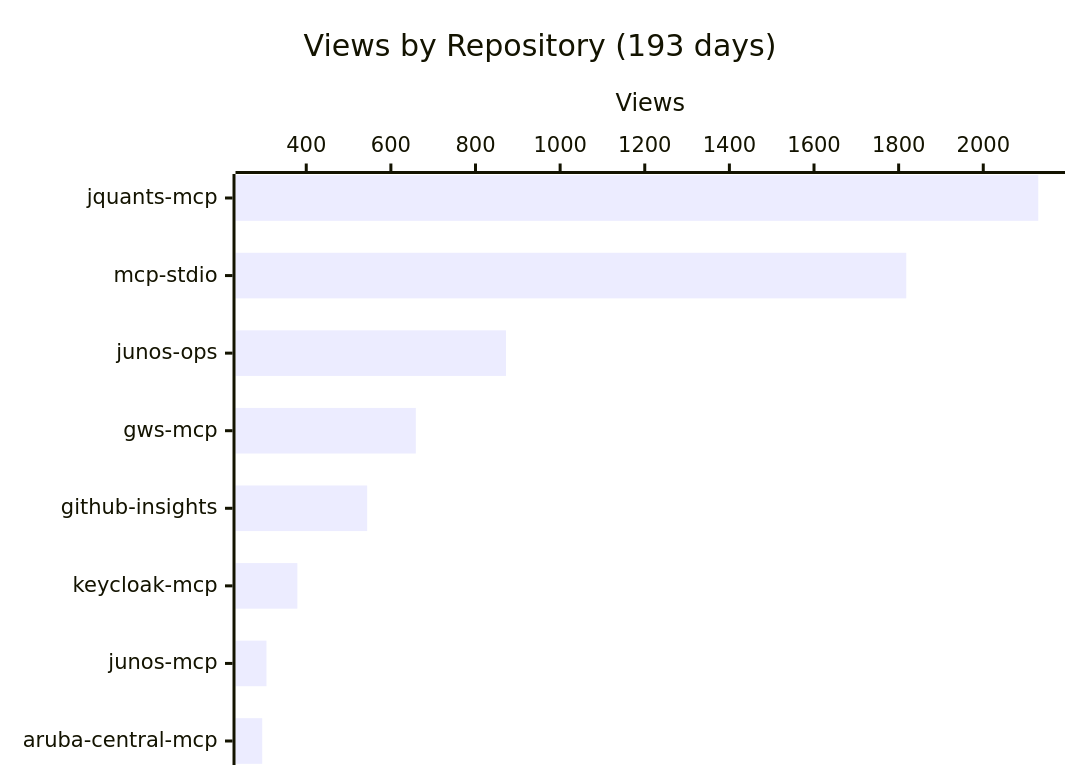
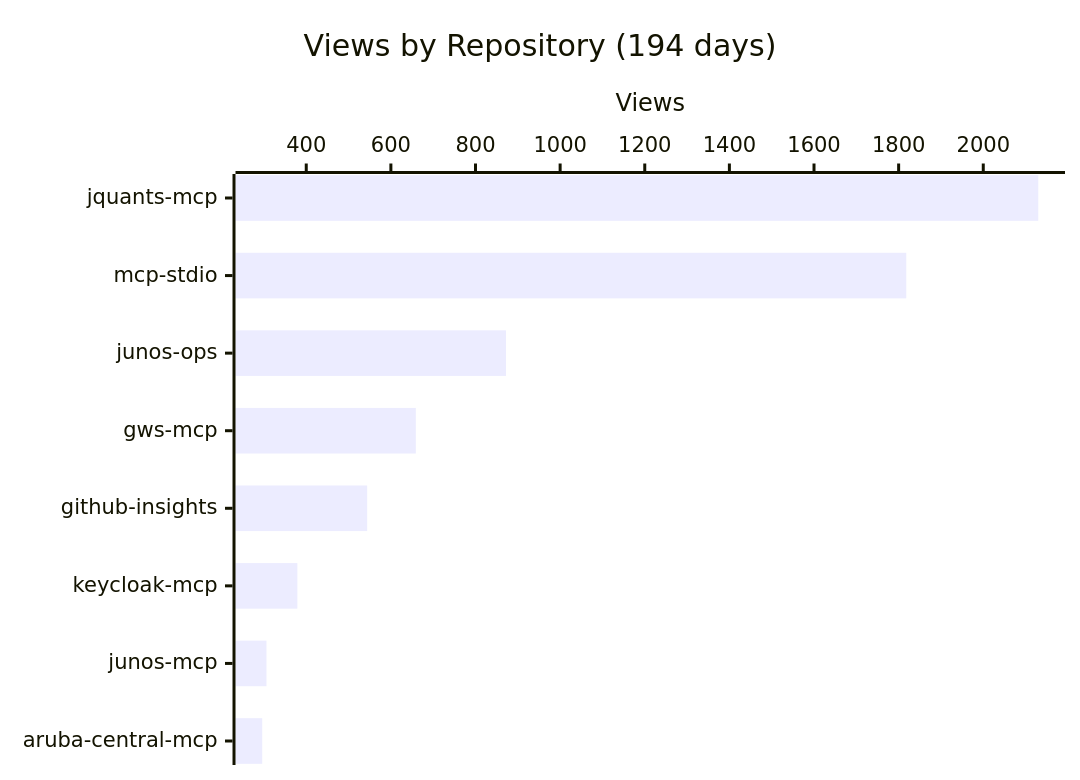
The first of 4 diagrams in README.md (shigechika/github-insights), drawn with Mermaid before and after one commit. The commit also changed other lines of this file and 2 other files, not shown here.

````diff
--- a/README.md
+++ b/README.md
@@ -18,7 +18,7 @@
 ```mermaid
 xychart-beta horizontal
-    title "Views by Repository (193 days)"
+    title "Views by Repository (194 days)"
     x-axis ["jquants-mcp", "mcp-stdio", "junos-ops", "gws-mcp", "github-insights", "keycloak-mcp", "junos-mcp", "aruba-central-mcp"]
     y-axis "Views"
     bar [2130, 1818, 872, 659, 544, 379, 306, 296]
 ```
````
